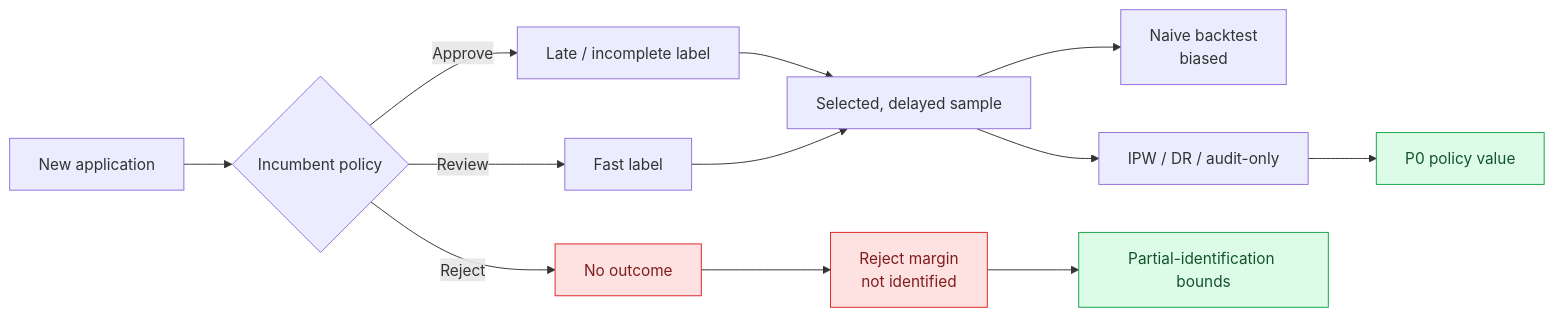
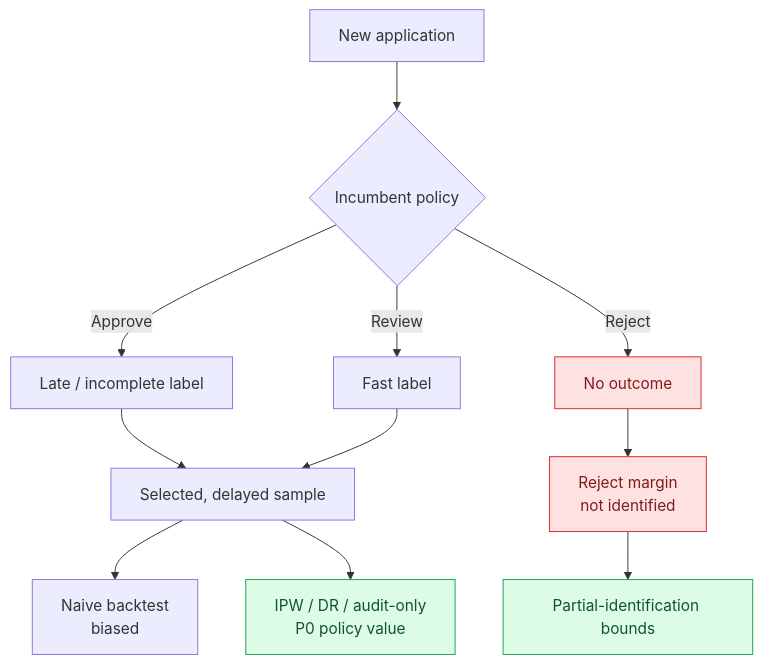
One commit to kira-ml/onboarding-audit changed the diagram in README.md. Above: the diagram before and after it, drawn with Mermaid.

Commit message:
docs: improve README diagram layout

````diff
--- a/README.md
+++ b/README.md
@@ -47,18 +47,17 @@
 ```mermaid
-flowchart LR
+flowchart TD
     A["New application"] --> B{"Incumbent policy"}
     B -->|"Approve"| C["Late / incomplete label"]
     B -->|"Review"| D["Fast label"]
     B -->|"Reject"| E["No outcome"]
     C --> F["Selected, delayed sample"]
     D --> F
-    E --> G["Reject margin<br/>not identified"]
-    F --> H["Naive backtest<br/>biased"]
-    F --> I["IPW / DR / audit-only"]
-    I --> J["P0 policy value"]
-    G --> K["Partial-identification bounds"]
+    F --> G["Naive backtest<br/>biased"]
+    F --> H["IPW / DR / audit-only<br/>P0 policy value"]
+    E --> I["Reject margin<br/>not identified"]
+    I --> J["Partial-identification bounds"]
     classDef bad fill:#fee2e2,stroke:#dc2626,color:#7f1d1d;
     classDef good fill:#dcfce7,stroke:#16a34a,color:#14532d;
-    class E,G bad;
-    class J,K good;
+    class E,I bad;
+    class H,J good;
 ```
````
